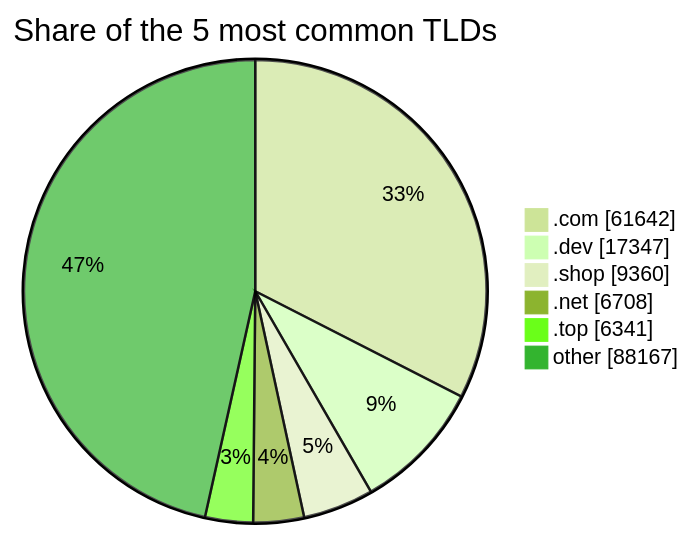
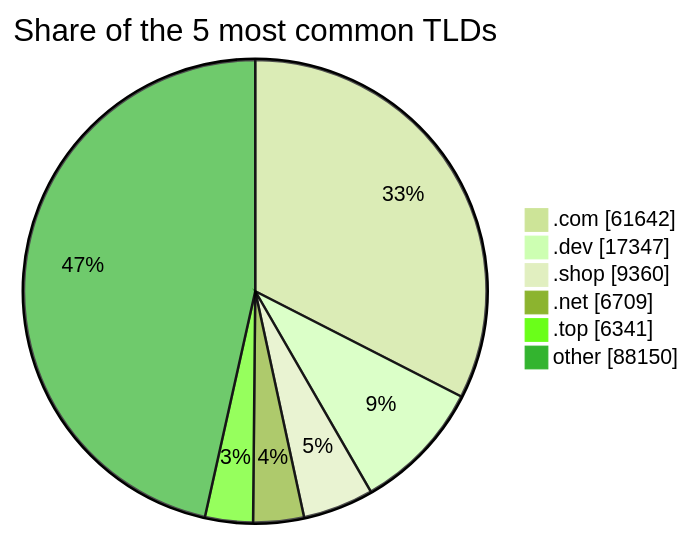
Before and after one commit to DNSBunker/CTI: the third of 3 diagrams in README.md, drawn with Mermaid (forest theme). The commit also changed other lines of this file and 3 other files, not shown here.

````diff
--- a/README.md
+++ b/README.md
@@ -81,9 +81,9 @@
 ```mermaid
 pie showData title Share of the 5 most common TLDs
     ".com" : 61642
     ".dev" : 17347
     ".shop" : 9360
-    ".net" : 6708
+    ".net" : 6709
     ".top" : 6341
-    "other" : 88167
+    "other" : 88150
 ```
````
